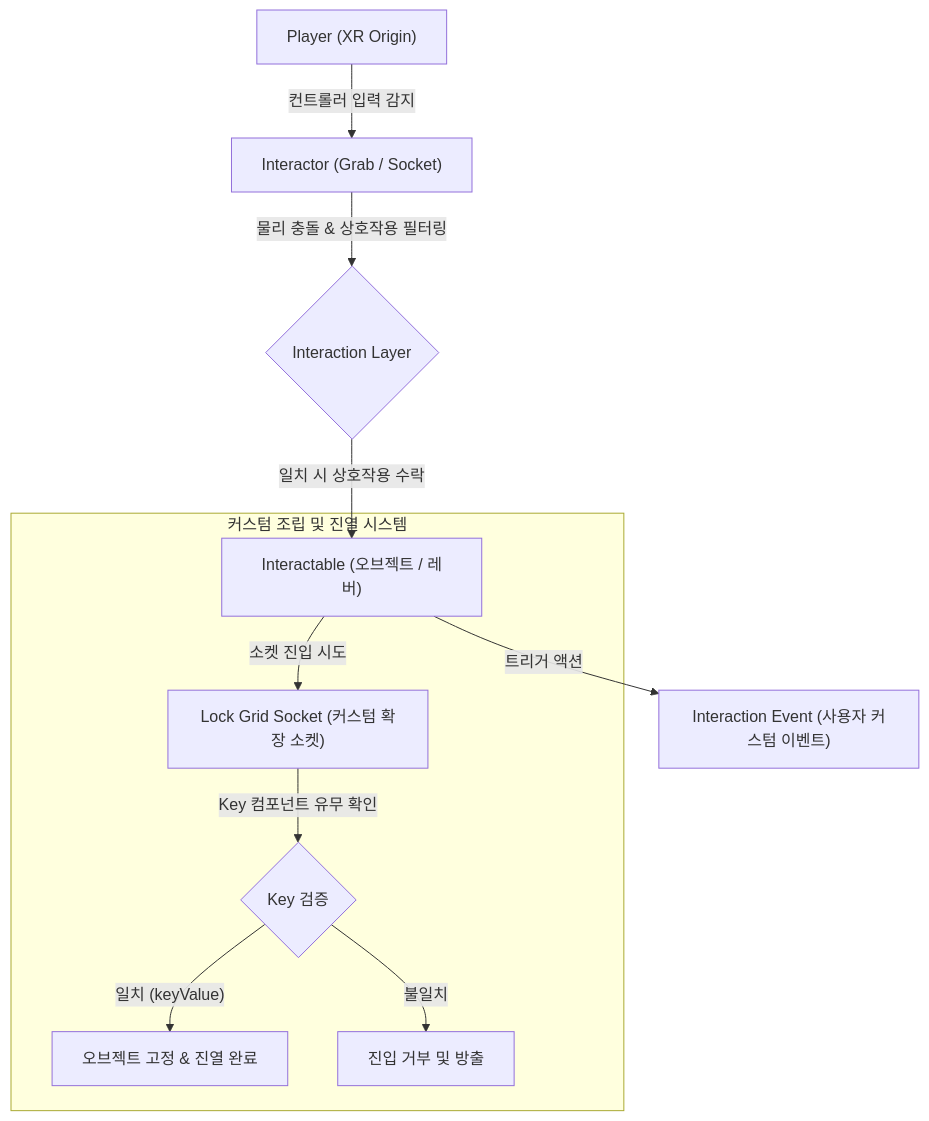
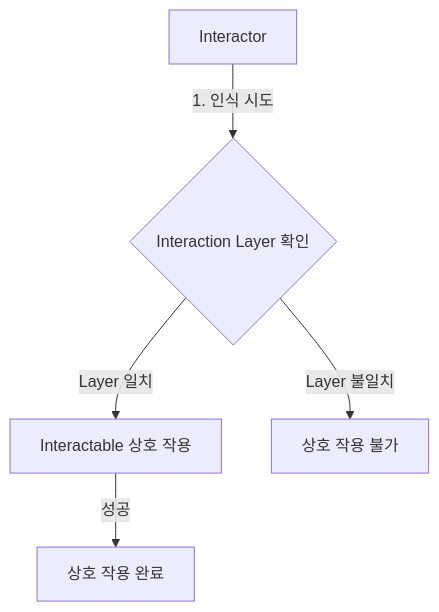
The third of 9 diagrams in portfolio/project3/README.md (WhiteAppleKo/Portfolio), drawn with Mermaid before and after one commit. The commit also changed other lines of this file and 22 other files, not shown here.

````diff
--- a/portfolio/project3/README.md
+++ b/portfolio/project3/README.md
@@ -45,15 +90,7 @@
 ```mermaid
 flowchart TD
-    Player["Player (XR Origin)"] -->|"컨트롤러 입력 감지"| Interactor["Interactor (Grab / Socket)"]
-    Interactor -->|"물리 충돌 & 상호작용 필터링"| InteractionLayer{"Interaction Layer"}
-    InteractionLayer -->|"일치 시 상호작용 수락"| Interactable["Interactable (오브젝트 / 레버)"]
-    
-    subgraph LockSystem["커스텀 조립 및 진열 시스템"]
-        Interactable -->|"소켓 진입 시도"| LockGridSocket["Lock Grid Socket (커스텀 확장 소켓)"]
-        LockGridSocket -->|"Key 컴포넌트 유무 확인"| KeyVerify{"Key 검증"}
-        KeyVerify -->|"일치 (keyValue)"| Attach["오브젝트 고정 & 진열 완료"]
-        KeyVerify -->|"불일치"| Reject["진입 거부 및 방출"]
-    end
-    
-    Interactable -->|"트리거 액션"| InteractionEvent["Interaction Event (사용자 커스텀 이벤트)"]
+    Interactor["Interactor"] -->|"1. 인식 시도"| InteractionLayer{"Interaction Layer 확인"}
+    InteractionLayer -->|"Layer 일치"| Interactable["Interactable 상호 작용"]
+    Interactable -->|"성공"| Completed["상호 작용 완료"]
+    InteractionLayer -->|"Layer 불일치"| Failed["상호 작용 불가"]
 ```
````
